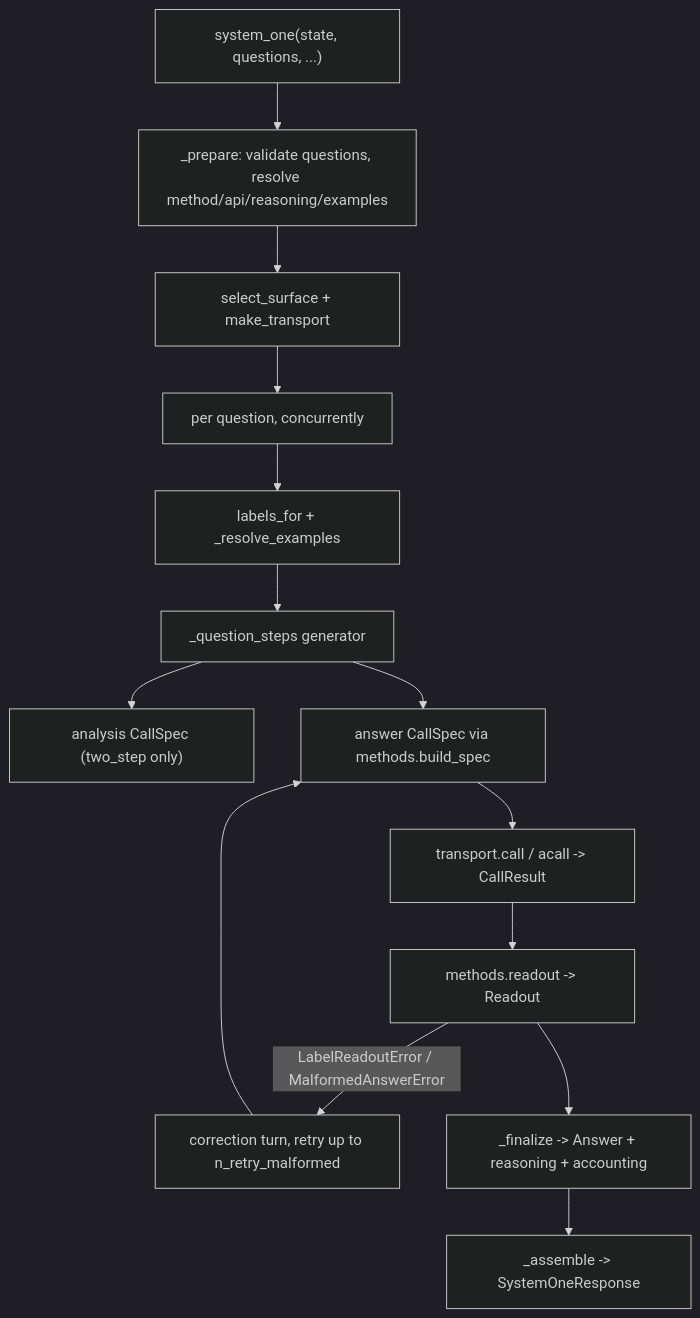
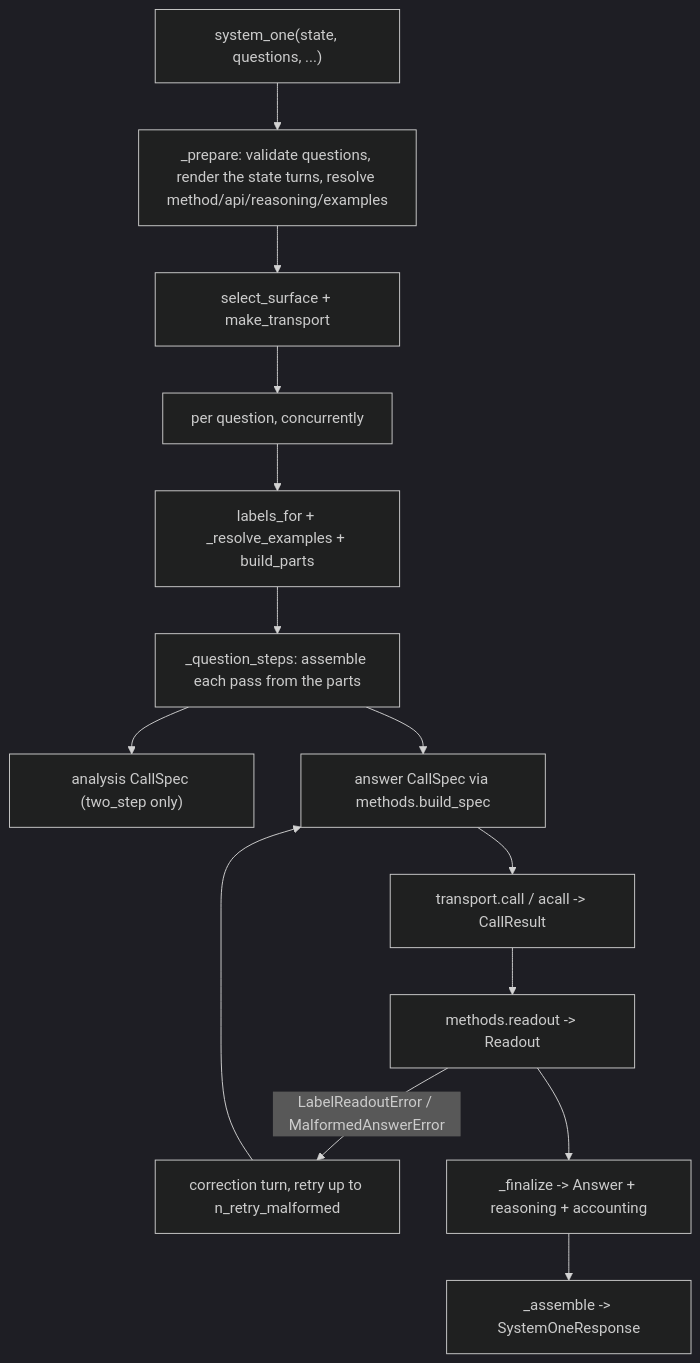
The diagram in docs/internals.md (zhulinchng/jevper), drawn with Mermaid (dark theme) before and after one commit. The commit also changed other lines of this file and 8 other files, not shown here.

````diff
--- a/docs/internals.md
+++ b/docs/internals.md
@@ -26,16 +26,16 @@
 ```mermaid
 flowchart TD
-    A["system_one(state, questions, ...)"] --> B["_prepare: validate questions, resolve method/api/reasoning/examples"]
+    A["system_one(state, questions, ...)"] --> B["_prepare: validate questions, render the state turns, resolve method/api/reasoning/examples"]
     B --> C["select_surface + make_transport"]
     C --> D["per question, concurrently"]
-    D --> E["labels_for + _resolve_examples"]
-    E --> F["_question_steps generator"]
+    D --> E["labels_for + _resolve_examples + build_parts"]
+    E --> F["_question_steps: assemble each pass from the parts"]
     F --> G["analysis CallSpec (two_step only)"]
     F --> H["answer CallSpec via methods.build_spec"]
     H --> I["transport.call / acall -> CallResult"]
     I --> J["methods.readout -> Readout"]
     J -->|"LabelReadoutError / MalformedAnswerError"| K["correction turn, retry up to n_retry_malformed"]
     K --> H
     J --> L["_finalize -> Answer + reasoning + accounting"]
     L --> M["_assemble -> SystemOneResponse"]
 ```
````
